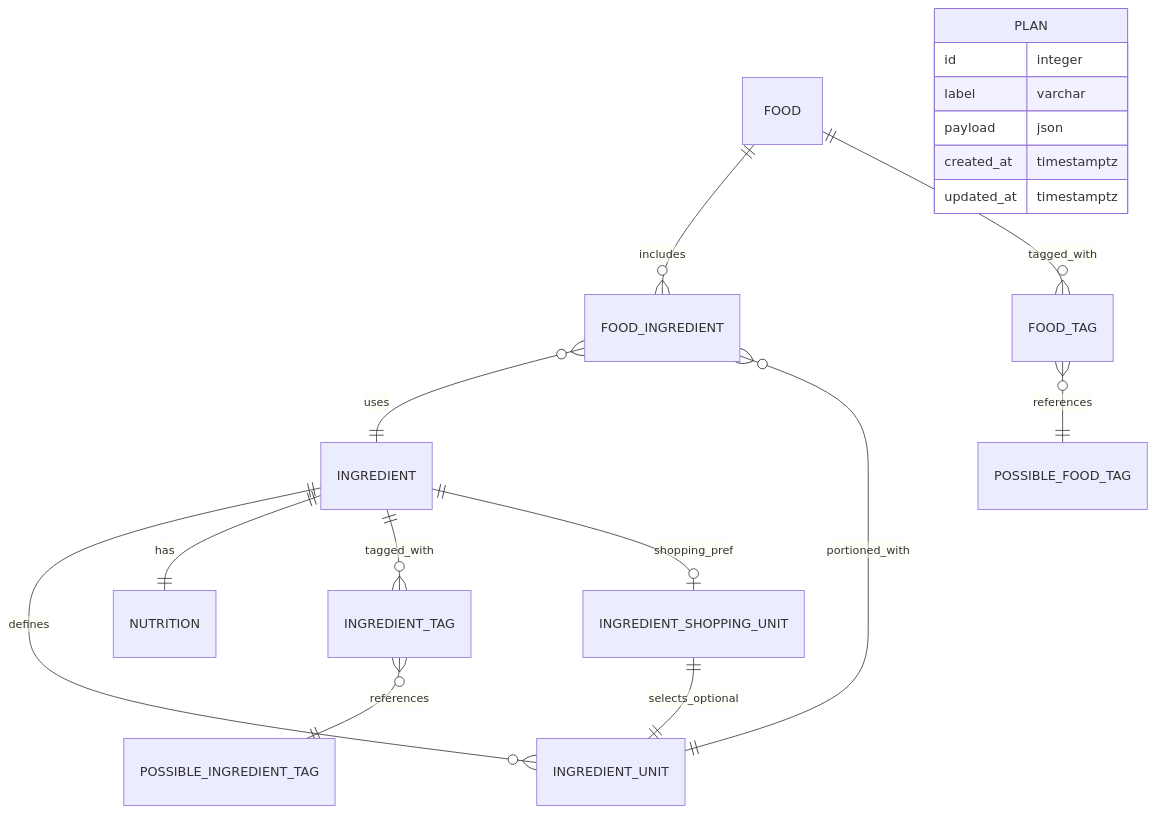
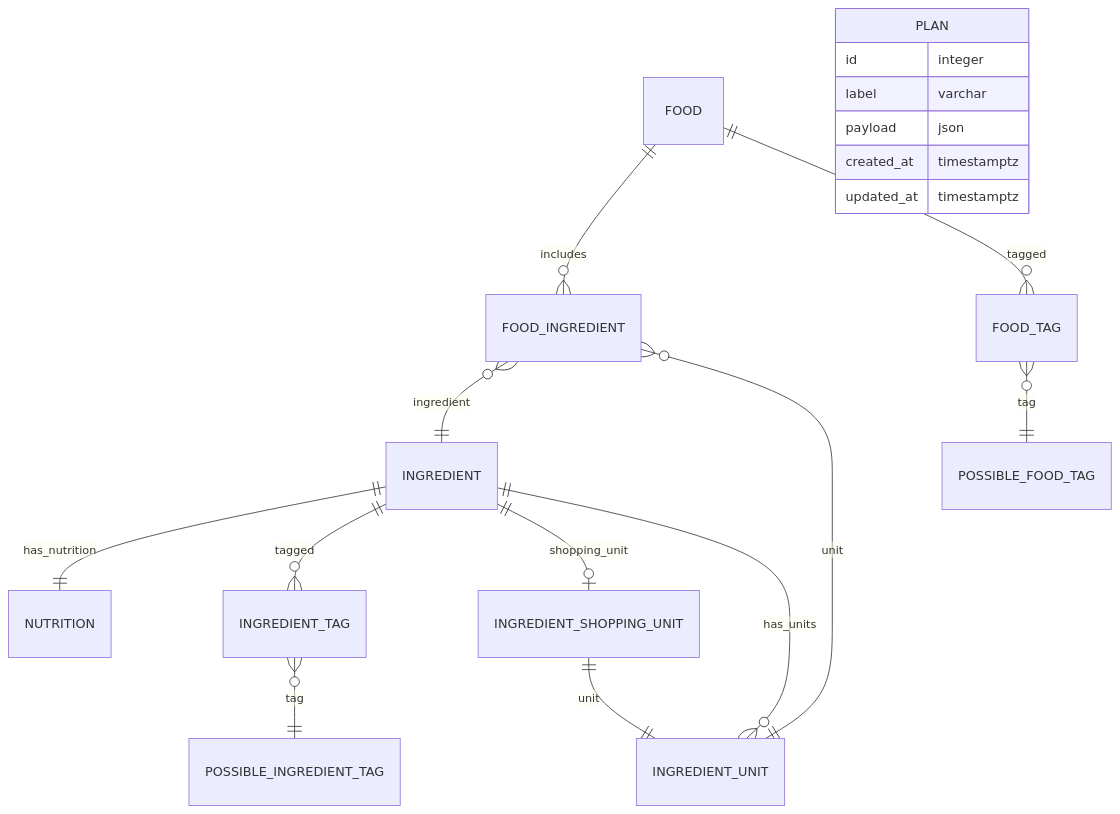
The first of 4 diagrams in README.md (alexandrugavrila/Nutrition), drawn with Mermaid before and after one commit. The commit also changed other lines of this file, not shown here.

````diff
--- a/README.md
+++ b/README.md
@@ -149,21 +149,24 @@
 ```mermaid
 erDiagram
-  INGREDIENT ||--o{ INGREDIENT_UNIT : defines
-  INGREDIENT ||--|| NUTRITION : has
-  INGREDIENT ||--o{ INGREDIENT_TAG : tagged_with
-  INGREDIENT_TAG }o--|| POSSIBLE_INGREDIENT_TAG : references
-  INGREDIENT ||--o| INGREDIENT_SHOPPING_UNIT : shopping_pref
-  INGREDIENT_SHOPPING_UNIT ||--|| INGREDIENT_UNIT : selects_optional
+  INGREDIENT ||--|| NUTRITION : has_nutrition
+  INGREDIENT ||--o{ INGREDIENT_TAG : tagged
+  INGREDIENT ||--o| INGREDIENT_SHOPPING_UNIT : shopping_unit
+  INGREDIENT ||--o{ INGREDIENT_UNIT : has_units
+
+  INGREDIENT_TAG }o--|| POSSIBLE_INGREDIENT_TAG : tag
+  INGREDIENT_SHOPPING_UNIT ||--|| INGREDIENT_UNIT : unit
+
   FOOD ||--o{ FOOD_INGREDIENT : includes
-  FOOD_INGREDIENT }o--|| INGREDIENT : uses
-  FOOD_INGREDIENT }o--|| INGREDIENT_UNIT : portioned_with
-  FOOD ||--o{ FOOD_TAG : tagged_with
-  FOOD_TAG }o--|| POSSIBLE_FOOD_TAG : references
+  FOOD_INGREDIENT }o--|| INGREDIENT : ingredient
+  FOOD_INGREDIENT }o--|| INGREDIENT_UNIT : unit
+
+  FOOD ||--o{ FOOD_TAG : tagged
+  FOOD_TAG }o--|| POSSIBLE_FOOD_TAG : tag
   PLAN {
     id integer
     label varchar
     payload json
     created_at timestamptz
     updated_at timestamptz
   }
 ```
````
